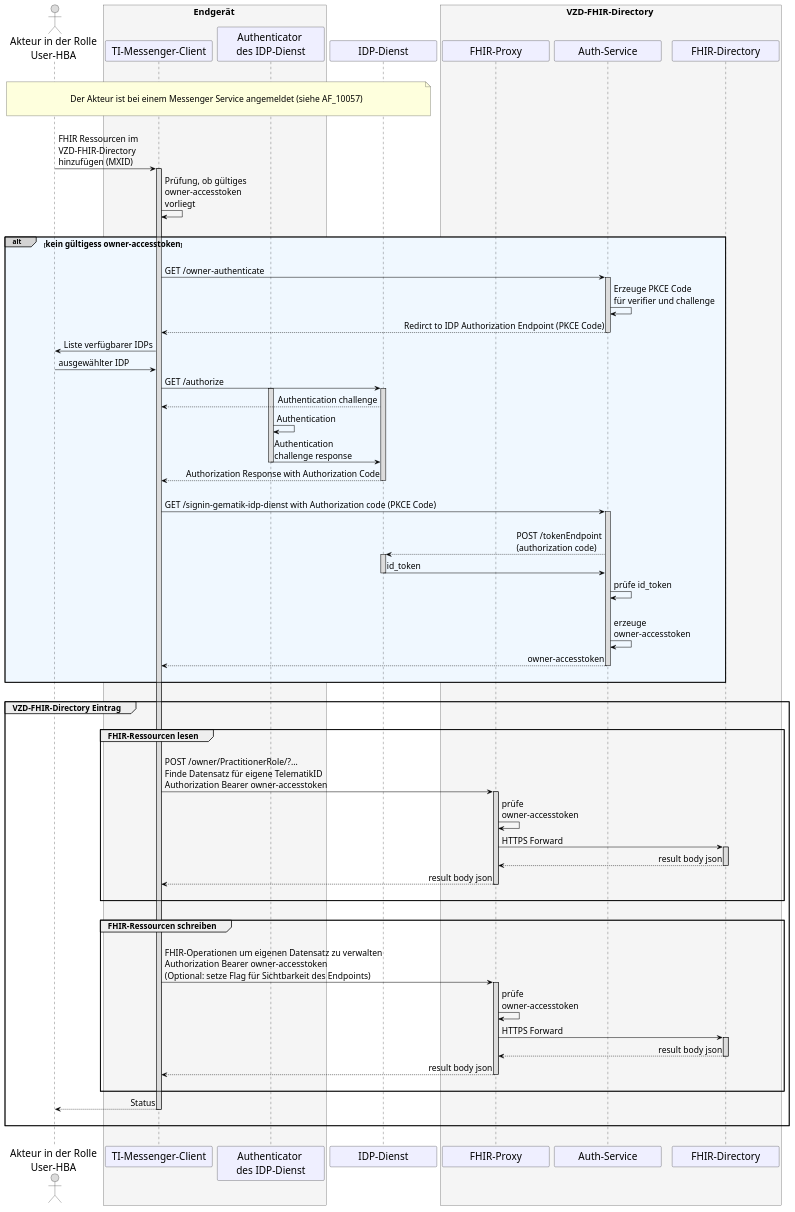
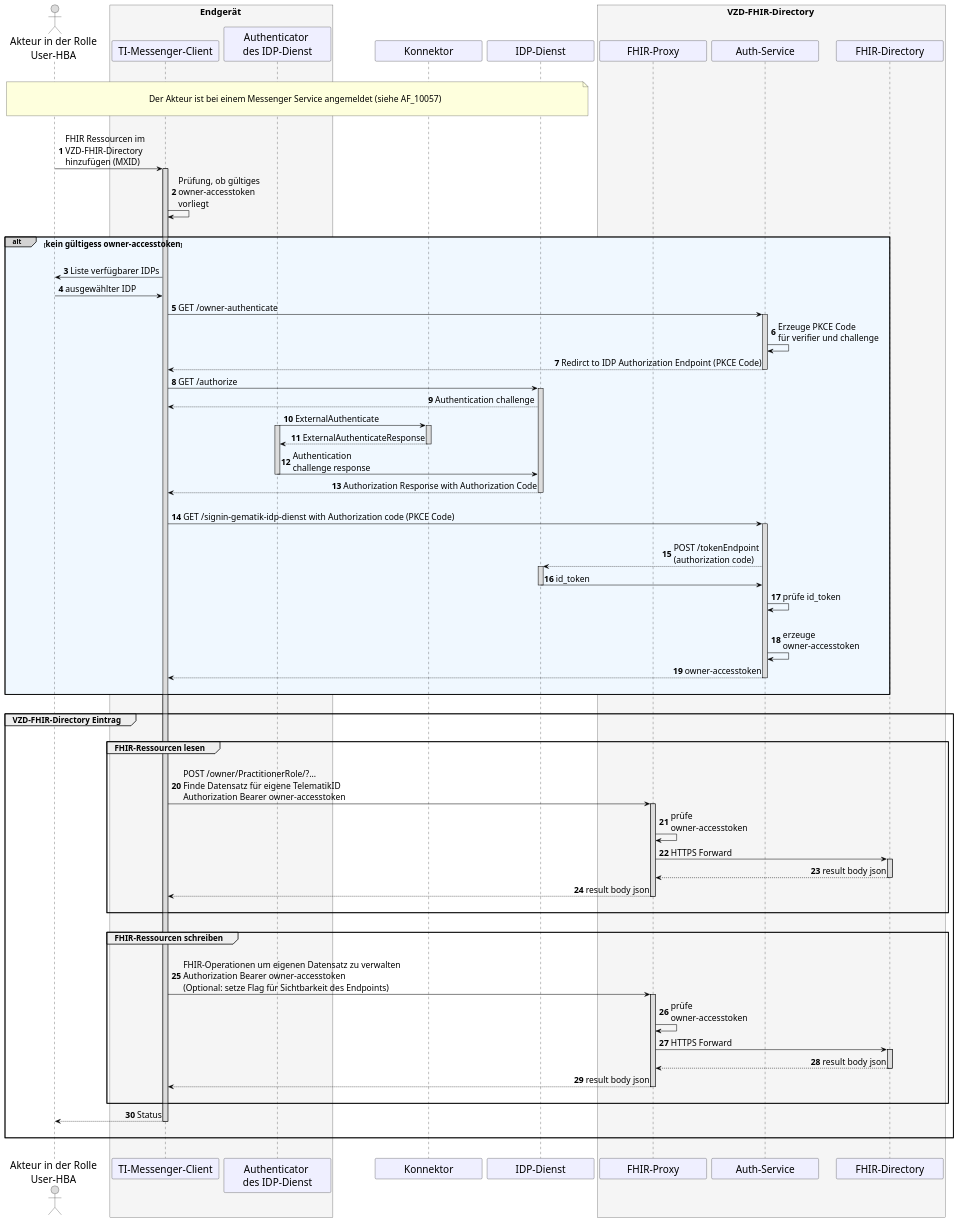
One commit to gematik/api-ti-messenger changed the diagram in src/plantuml/TI-Messenger-Dienst/Ressourcen/UC_10058_Seq.puml. Above: the diagram before and after it, drawn with PlantUML.

Commit message:
added ExternalAuthenticate and Konnektor Lifeline

```diff
--- a/src/plantuml/TI-Messenger-Dienst/Ressourcen/UC_10058_Seq.puml
+++ b/src/plantuml/TI-Messenger-Dienst/Ressourcen/UC_10058_Seq.puml
@@ -9,128 +9,136 @@
 @startuml
 skinparam sequenceMessageAlign direction
 skinparam minClassWidth 200
 skinparam BoxPadding 1
 skinparam sequenceReferenceHeaderBackgroundColor palegreen
 scale max 2048 width
 
 skinparam sequence {
 ArrowColor black
 ArrowFontSize 17
 ActorBorderColor black
 LifeLineBorderColor black
 LifeLineBackgroundColor Gainsboro
 
 ParticipantBorderColor Motivation
 ParticipantBackgroundColor Motivation
 ParticipantFontName Impact
 ParticipantFontSize 20
 ParticipantFontColor black
 ParticipantBorderColor Black
 ParticipantBackgroundColor MOTIVATION
 
 ActorBackgroundColor Gainsboro
 ActorFontColor black
 ActorFontSize 20
 ActorFontName Aapex
 }
-    actor U as "Akteur in der Rolle\nUser-HBA"
-    box <size:18>Endgerät</size> #WhiteSmoke
-      participant C as "TI-Messenger-Client"
-      participant A as "Authenticator \ndes IDP-Dienst"
-    end box
-    participant I as "IDP-Dienst" 
-    box <size:18>VZD-FHIR-Directory</size> #WhiteSmoke
-      participant FP as "FHIR-Proxy"
-      participant Auth as "Auth-Service"
-      participant VZD as "FHIR-Directory"
-    end box
+
+autonumber
+
+actor U as "Akteur in der Rolle\nUser-HBA"
+box <size:18>Endgerät</size> #WhiteSmoke
+  participant C as "TI-Messenger-Client"
+  participant A as "Authenticator \ndes IDP-Dienst"
+end box
+participant konnektor as "Konnektor"
+participant I as "IDP-Dienst" 
+box <size:18>VZD-FHIR-Directory</size> #WhiteSmoke
+  participant FP as "FHIR-Proxy"
+  participant Auth as "Auth-Service"
+  participant VZD as "FHIR-Directory"
+end box
 
 |||
 note over U, I: \n<size:17>Der Akteur ist bei einem Messenger Service angemeldet (siehe AF_10057)</size>\n
 |||
 
 U->C: FHIR Ressourcen im \nVZD-FHIR-Directory \nhinzufügen (MXID)
   Activate C
 C->C: Prüfung, ob gültiges \nowner-accesstoken \nvorliegt
 
 |||
 alt#LightGrey #AliceBlue <size:16>kein gültigess owner-accesstoken</size>
 |||
 
+  C->U: Liste verfügbarer IDPs
+  U->C: ausgewählter IDP
+
   C->Auth: GET /owner-authenticate
     Activate Auth
   Auth->Auth: Erzeuge PKCE Code \nfür verifier und challenge
   Auth-->C: Redirct to IDP Authorization Endpoint (PKCE Code)
     Deactivate Auth
 
-  C->U: Liste verfügbarer IDPs
-  U->C: ausgewählter IDP
-    
   C->I: GET /authorize
-    Activate A
     Activate I
   I-->C: Authentication challenge
-  A->A: Authentication
+  A -> konnektor++: ExternalAuthenticate
+
+  Activate A
+  konnektor --> A: ExternalAuthenticateResponse
+  deactivate konnektor
+  
   A->I: Authentication \nchallenge response
     Deactivate A
   I-->C: Authorization Response with Authorization Code
     Deactivate I
        
   |||          
   C->Auth: GET /signin-gematik-idp-dienst with Authorization code (PKCE Code)
     Activate Auth
   |||
   Auth-->I: POST /tokenEndpoint\n(authorization code)
     Activate I
   I->Auth: id_token
     Deactivate I
   Auth->Auth: prüfe id_token
   |||
   Auth->Auth: erzeuge \nowner-accesstoken
   Auth-->C: owner-accesstoken
     Deactivate Auth
   |||
 end
       
 |||
 
 group <size:16>VZD-FHIR-Directory Eintrag</size>
   |||
   group <size:16>FHIR-Ressourcen lesen</size>
   |||
   C->FP: POST /owner/PractitionerRole/?... \nFinde Datensatz für eigene TelematikID \nAuthorization Bearer owner-accesstoken
     Activate FP
   FP->FP: prüfe \nowner-accesstoken
   FP->VZD: HTTPS Forward
     Activate VZD
   VZD-->FP: result body json
     Deactivate VZD
   FP-->C: result body json
     Deactivate FP
   |||
   end
     
   |||
   group <size:16>FHIR-Ressourcen schreiben</size>
   |||
   C->FP: FHIR-Operationen um eigenen Datensatz zu verwalten \nAuthorization Bearer owner-accesstoken \n(Optional: setze Flag für Sichtbarkeit des Endpoints)
     Activate FP
   FP->FP: prüfe \nowner-accesstoken
   FP->VZD: HTTPS Forward
     Activate VZD
   VZD-->FP: result body json
     Deactivate VZD
   FP-->C: result body json
     Deactivate FP
      
   |||
   end
 
   C-->U: Status    
     Deactivate C
   |||
 end
 |||
 
   Deactivate C
 @enduml
```
